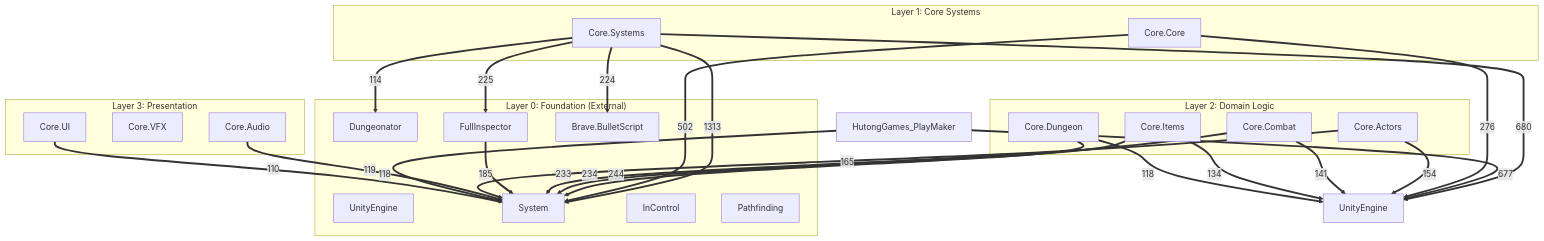
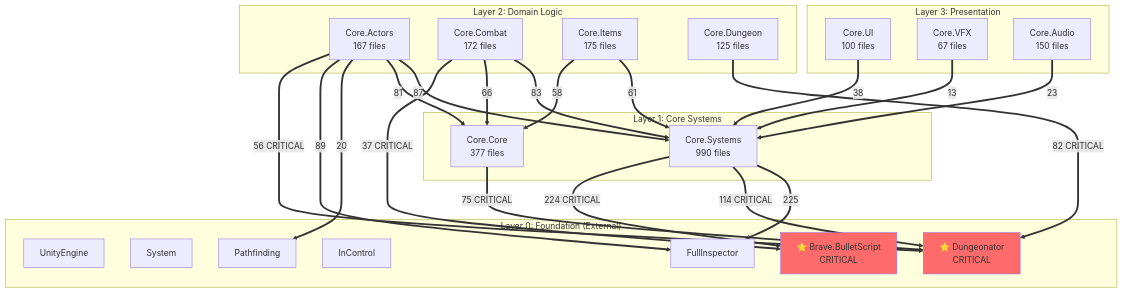
Before and after one commit to FlowSand/Re-ETG: the diagram in Docs/Module_Dependency_Graph.md, drawn with Mermaid. The commit also changed other lines of this file and 1 other file, not shown here.

First line of the commit message:
[Task-06] Step 5: Enhance dependency matrix and graph

````diff
--- a/Docs/Module_Dependency_Graph.md
+++ b/Docs/Module_Dependency_Graph.md
@@ -7,53 +58,59 @@
 ```mermaid
 graph TD
 
     subgraph Foundation["Layer 0: Foundation (External)"]
         Unity[UnityEngine]
         System[System]
-        Dungeonator[Dungeonator]
+        Dungeonator[⭐ Dungeonator<br/>CRITICAL]
         InControl[InControl]
         FullInspector[FullInspector]
-        Brave_BulletScript[Brave.BulletScript]
+        Brave_BulletScript[⭐ Brave.BulletScript<br/>CRITICAL]
         Pathfinding[Pathfinding]
     end
 
     subgraph Core["Layer 1: Core Systems"]
-        Core_Systems[Core.Systems]
-        Core_Core[Core.Core]
+        Core_Systems[Core.Systems<br/>990 files]
+        Core_Core[Core.Core<br/>377 files]
     end
 
     subgraph Domain["Layer 2: Domain Logic"]
-        Core_Actors[Core.Actors]
-        Core_Combat[Core.Combat]
-        Core_Items[Core.Items]
-        Core_Dungeon[Core.Dungeon]
+        Core_Actors[Core.Actors<br/>167 files]
+        Core_Combat[Core.Combat<br/>172 files]
+        Core_Items[Core.Items<br/>175 files]
+        Core_Dungeon[Core.Dungeon<br/>125 files]
     end
 
     subgraph Presentation["Layer 3: Presentation"]
-        Core_UI[Core.UI]
-        Core_VFX[Core.VFX]
-        Core_Audio[Core.Audio]
+        Core_UI[Core.UI<br/>100 files]
+        Core_VFX[Core.VFX<br/>67 files]
+        Core_Audio[Core.Audio<br/>150 files]
     end
 
-    %% Key Dependencies (top 20 by usage)
-    Core_Systems ==>|1313| System
-    Core_Systems ==>|680| UnityEngine
-    HutongGames_PlayMaker ==>|677| UnityEngine
-    Core_Core ==>|502| System
-    Core_Core ==>|276| UnityEngine
-    Core_Dungeon ==>|244| System
-    Core_Items ==>|234| System
-    Core_Combat ==>|233| System
+    %% Critical Dependencies (highlighted)
+    Core_Systems ==>|224 CRITICAL| Brave_BulletScript
+    Core_Systems ==>|114 CRITICAL| Dungeonator
     Core_Systems ==>|225| FullInspector
-    Core_Systems ==>|224| Brave_BulletScript
-    FullInspector ==>|185| System
-    Core_Actors ==>|165| System
-    Core_Actors ==>|154| UnityEngine
-    Core_Combat ==>|141| UnityEngine
-    Core_Items ==>|134| UnityEngine
-    Core_Audio ==>|119| System
-    Core_Dungeon ==>|118| UnityEngine
-    HutongGames_PlayMaker ==>|118| System
-    Core_Systems ==>|114| Dungeonator
-    Core_UI ==>|110| System
+    Core_Core ==>|75 CRITICAL| Dungeonator
+    Core_Dungeon ==>|82 CRITICAL| Dungeonator
+    Core_Actors ==>|56 CRITICAL| Dungeonator
+    Core_Actors ==>|89| FullInspector
+    Core_Actors ==>|20| Pathfinding
+    Core_Combat ==>|37 CRITICAL| Brave_BulletScript
+
+    %% Layer 1 -> Layer 2 Dependencies
+    Core_Actors ==>|81| Core_Core
+    Core_Combat ==>|66| Core_Core
+    Core_Items ==>|58| Core_Core
+    Core_Actors ==>|87| Core_Systems
+    Core_Combat ==>|83| Core_Systems
+    Core_Items ==>|61| Core_Systems
+
+    %% Layer 2 -> Layer 3 Dependencies
+    Core_UI ==>|38| Core_Systems
+    Core_Audio ==>|23| Core_Systems
+    Core_VFX ==>|13| Core_Systems
+
+    %% Style critical dependencies
+    style Dungeonator fill:#ff6b6b
+    style Brave_BulletScript fill:#ff6b6b
 ```
````
